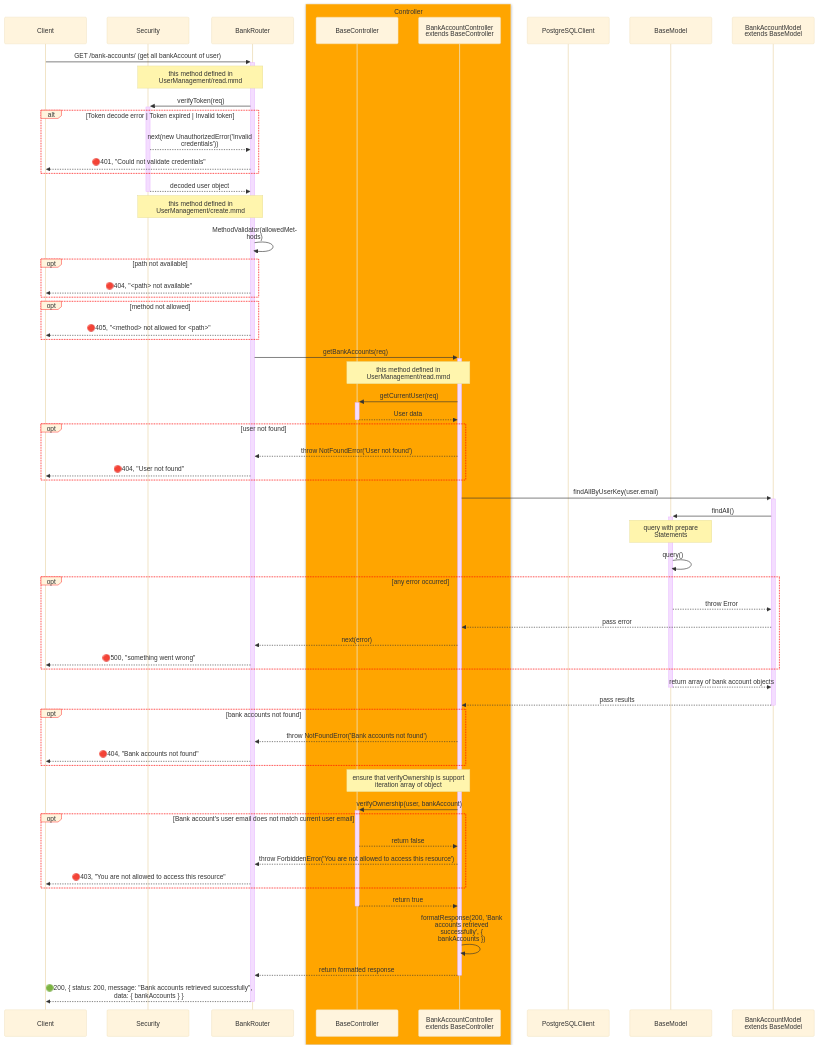
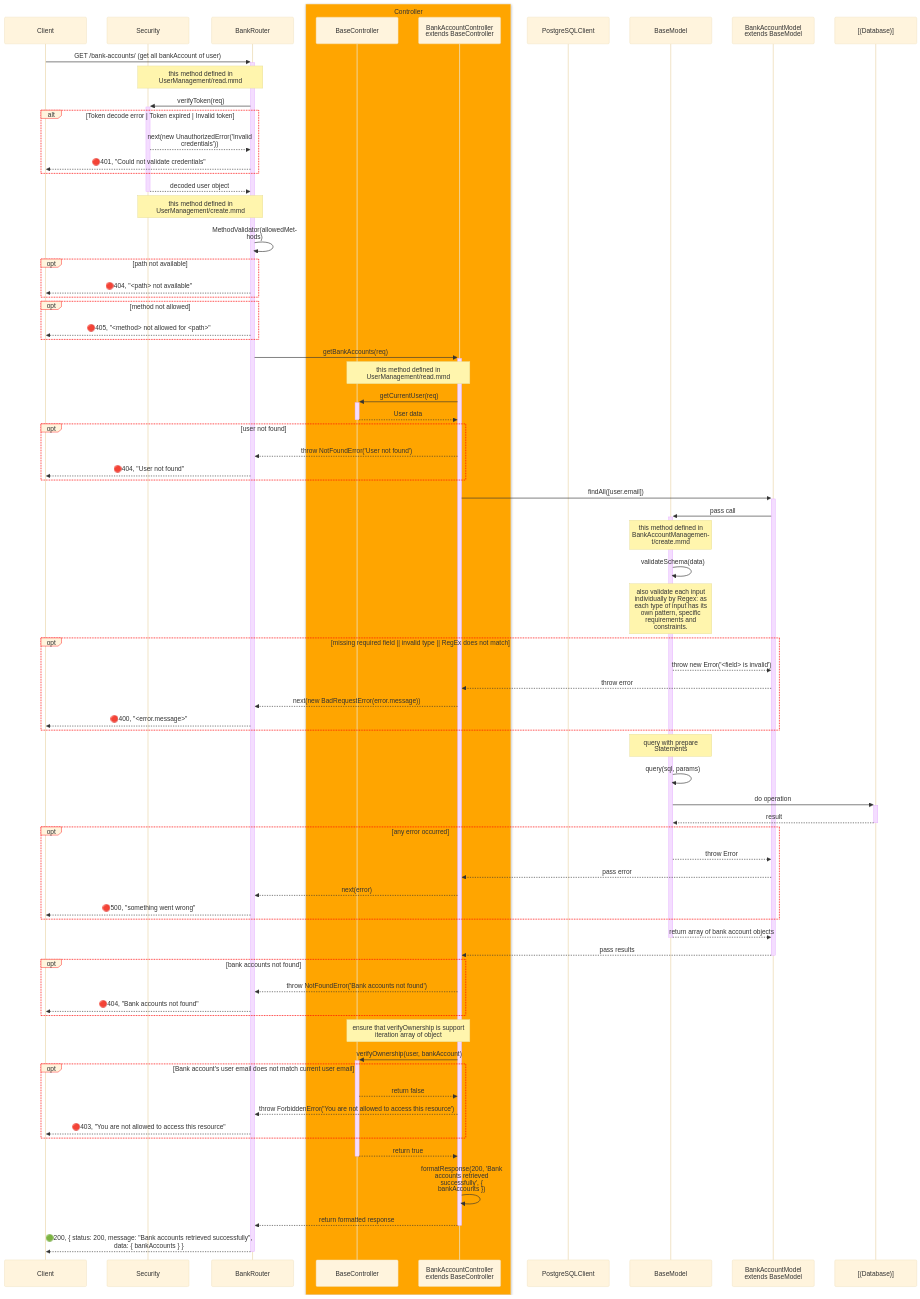
One commit to SawatKia/WealthTracking changed the diagram in design/newClassesDesign/BankAccountManagement/ReadAll.mmd. Above: the diagram before and after it, drawn with Mermaid. The commit also changed 21 other files, not shown here.

Commit message:
migrate Bank account and income-expense design to PostgreSQL

```diff
--- a/design/newClassesDesign/BankAccountManagement/ReadAll.mmd
+++ b/design/newClassesDesign/BankAccountManagement/ReadAll.mmd
@@ -1,81 +1,93 @@
 %%{
     init: {
         "theme":"base",
         "themeVariables": {
             'labelBoxBorderColor': '#ff0000'
         },
         "sequence": { 
             "wrap": true, 
             "width": 200 
         } 
     }
 }%%
 sequenceDiagram
     participant Client
     participant Sec as Security
     participant Router as BankRouter
     box orange Controller
         participant BaseCont as BaseController
         participant Cont as BankAccountController extends BaseController
     end
     participant PGClient as PostgreSQLClient
     participant BaseModel as BaseModel 
     participant Model as BankAccountModel extends BaseModel
+    participant DB as [(Database)]
 
     Client->>+Router: GET /bank-accounts/ (get all bankAccount of user)
     Note over Sec, Router: this method defined in UserManagement/read.mmd
     Router->>+Sec: verifyToken(req)
     alt Token decode error | Token expired | Invalid token
         Sec-->>Router: next(new UnauthorizedError('Invalid credentials'))
         Router-->>Client: 🔴401, "Could not validate credentials"
     end
     Sec-->>-Router: decoded user object 
 
     Note over Sec, Router: this method defined in UserManagement/create.mmd
     Router->>Router: MethodValidator(allowedMethods)
     opt path not available
         Router-->>Client: 🔴404, "<path> not available"
     end
     opt method not allowed
         Router-->>Client: 🔴405, "<method> not allowed for <path>"
     end
     Router->>+Cont: getBankAccounts(req)
     Note over Cont, BaseCont: this method defined in UserManagement/read.mmd
     Cont->>+BaseCont: getCurrentUser(req)
     BaseCont-->>-Cont: User data
 
     opt user not found
         Cont-->>Router: throw NotFoundError('User not found')
         Router-->>Client: 🔴404, "User not found"
     end
 
-    Cont->>+Model: findAllByUserKey(user.email)
-    Model->>+BaseModel: findAll()
+    Cont->>+Model: findAll([user.email])
+    Model->>+BaseModel: pass call
+    Note over BaseModel: this method defined in BankAccountManagement/create.mmd
+    BaseModel->>BaseModel: validateSchema(data) 
+    Note over BaseModel: also validate each input individually by Regex: as each type of input has its own pattern, specific requirements and constraints.
+    opt missing required field || invalid type || RegEx does not match
+        BaseModel-->>Model: throw new Error('<field> is invalid')
+        Model-->>Cont: throw error
+        Cont-->>Router: next(new BadRequestError(error.message))
+        Router-->>Client: 🔴400, "<error.message>"
+    end
     Note over BaseModel: query with prepare Statements
-    BaseModel->>BaseModel: query()
+    BaseModel->>BaseModel: query(sql, params)
+    BaseModel->>+DB: do operation
+    DB-->>-BaseModel: result
     opt any error occurred
         BaseModel-->>Model: throw Error
         Model-->>Cont: pass error
         Cont-->>Router: next(error)
         Router-->>Client: 🔴500, "something went wrong"
     end
     BaseModel-->>-Model: return array of bank account objects
     Model-->>-Cont: pass results
 
     opt bank accounts not found
         Cont-->>Router: throw NotFoundError('Bank accounts not found')
         Router-->>Client: 🔴404, "Bank accounts not found"
     end
 
     Note over Cont, BaseCont: ensure that verifyOwnership is support iteration array of object
     Cont->>+BaseCont: verifyOwnership(user, bankAccount)
     opt Bank account's user email does not match current user email
         BaseCont-->>Cont: return false
         Cont-->>Router: throw ForbiddenError('You are not allowed to access this resource')
         Router-->>Client: 🔴403, "You are not allowed to access this resource"
     end
     BaseCont-->>-Cont: return true
 
     Cont->>Cont: formatResponse(200, 'Bank accounts retrieved successfully', { bankAccounts })
     Cont-->>-Router: return formatted response
     Router-->>-Client: 🟢200, { status: 200, message: "Bank accounts retrieved successfully", data: { bankAccounts } }
```
